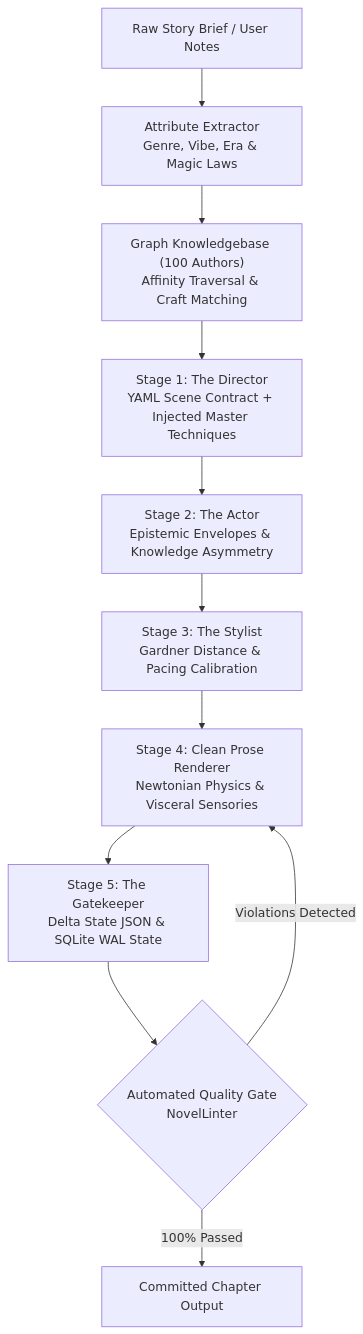
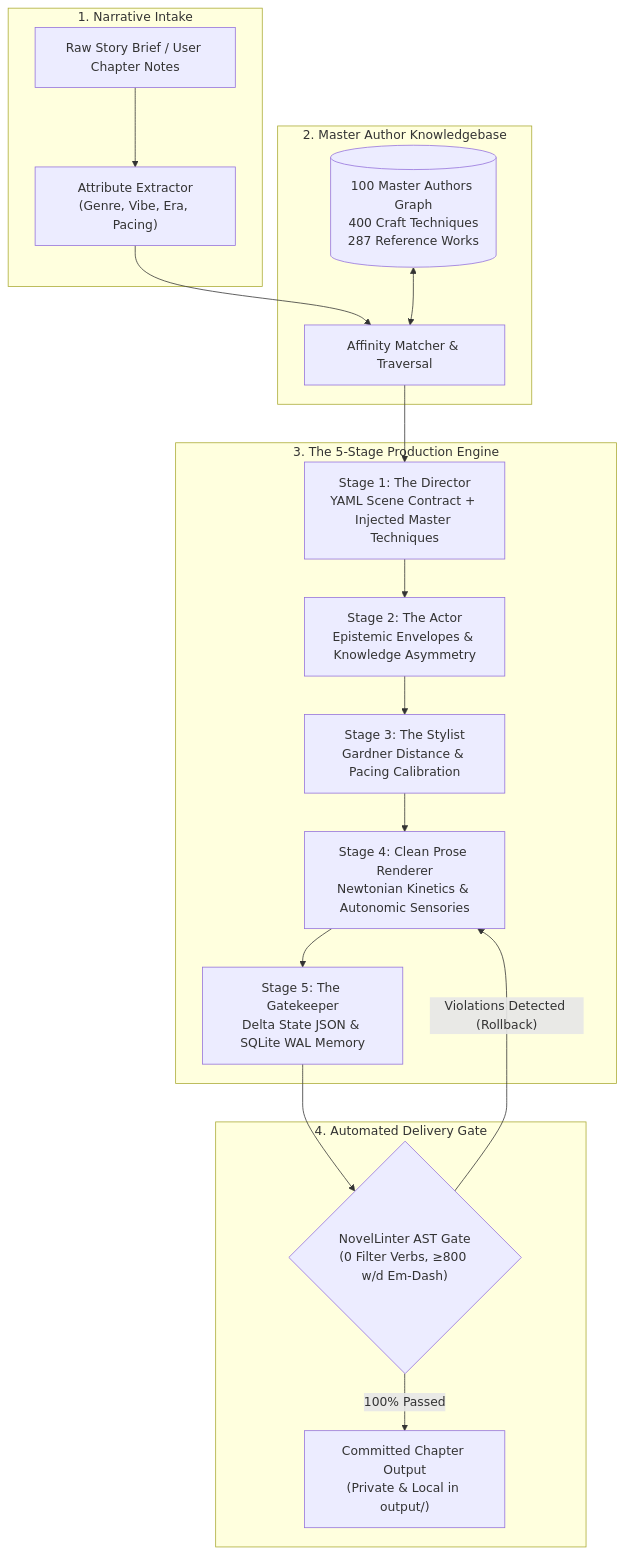
The first of 2 diagrams in README.md (Jaswanth1902/AI_Novel_Writer), drawn with Mermaid before and after one commit. The commit also changed other lines of this file and 6 other files, not shown here.

````diff
--- a/README.md
+++ b/README.md
@@ -18,13 +45,37 @@
 ```mermaid
 flowchart TD
-    A["Raw Story Brief / User Notes"] --> B["Attribute Extractor\nGenre, Vibe, Era & Magic Laws"]
-    B --> C["Graph Knowledgebase (100 Authors)\nAffinity Traversal & Craft Matching"]
-    C --> D["Stage 1: The Director\nYAML Scene Contract + Injected Master Techniques"]
-    D --> E["Stage 2: The Actor\nEpistemic Envelopes & Knowledge Asymmetry"]
-    E --> F["Stage 3: The Stylist\nGardner Distance & Pacing Calibration"]
-    F --> G["Stage 4: Clean Prose Renderer\nNewtonian Physics & Visceral Sensories"]
-    G --> H["Stage 5: The Gatekeeper\nDelta State JSON & SQLite WAL State"]
-    H --> I{"Automated Quality Gate\nNovelLinter"}
-    I -- "Violations Detected" --> G
-    I -- "100% Passed" --> J["Committed Chapter Output"]
+    subgraph Input["1. Narrative Intake"]
+        Brief["Raw Story Brief / User Chapter Notes"]
+        Extractor["Attribute Extractor\n(Genre, Vibe, Era, Pacing)"]
+    end
+
+    subgraph Knowledge["2. Master Author Knowledgebase"]
+        Graph[("100 Master Authors Graph\n400 Craft Techniques\n287 Reference Works")]
+        Matcher["Affinity Matcher & Traversal"]
+    end
+
+    subgraph Pipeline["3. The 5-Stage Production Engine"]
+        S1["Stage 1: The Director\nYAML Scene Contract + Injected Master Techniques"]
+        S2["Stage 2: The Actor\nEpistemic Envelopes & Knowledge Asymmetry"]
+        S3["Stage 3: The Stylist\nGardner Distance & Pacing Calibration"]
+        S4["Stage 4: Clean Prose Renderer\nNewtonian Kinetics & Autonomic Sensories"]
+        S5["Stage 5: The Gatekeeper\nDelta State JSON & SQLite WAL Memory"]
+    end
+
+    subgraph Quality["4. Automated Delivery Gate"]
+        Linter{"NovelLinter AST Gate\n(0 Filter Verbs, ≥800 w/d Em-Dash)"}
+        Output["Committed Chapter Output\n(Private & Local in output/)"]
+    end
+
+    Brief --> Extractor
+    Extractor --> Matcher
+    Graph <--> Matcher
+    Matcher --> S1
+    S1 --> S2
+    S2 --> S3
+    S3 --> S4
+    S4 --> S5
+    S5 --> Linter
+    Linter -- "Violations Detected (Rollback)" --> S4
+    Linter -- "100% Passed" --> Output
 ```
````
